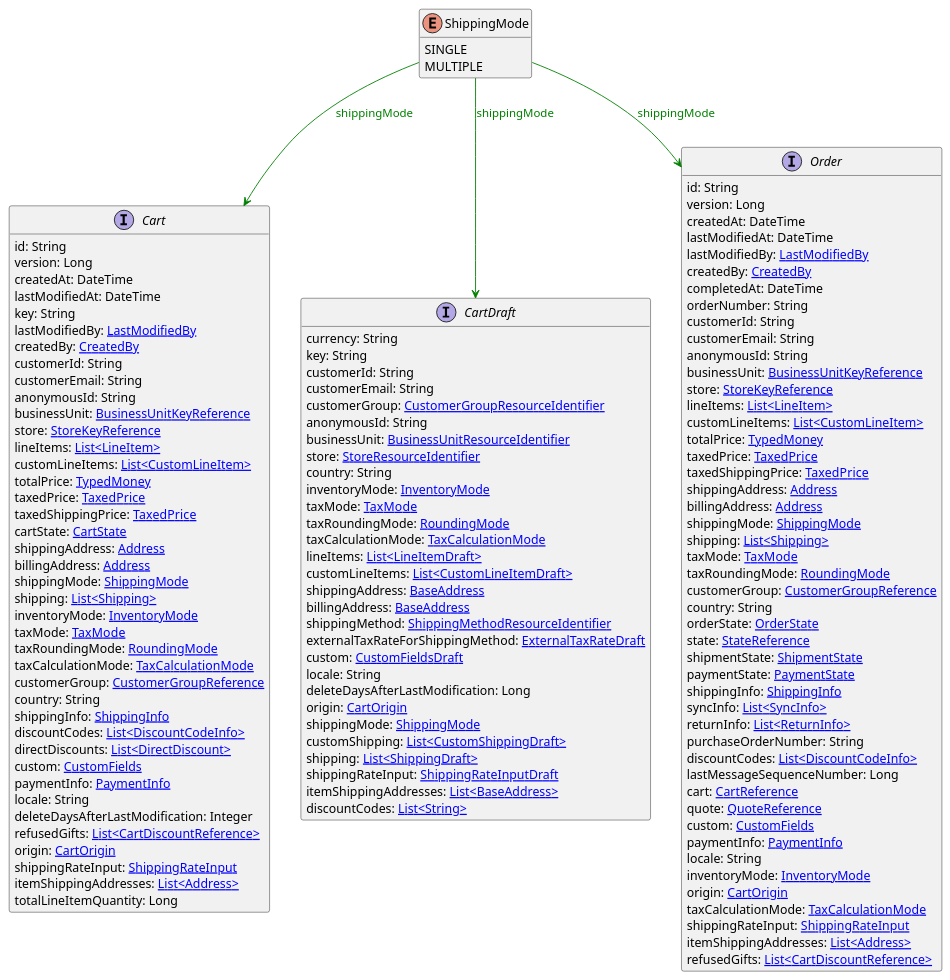
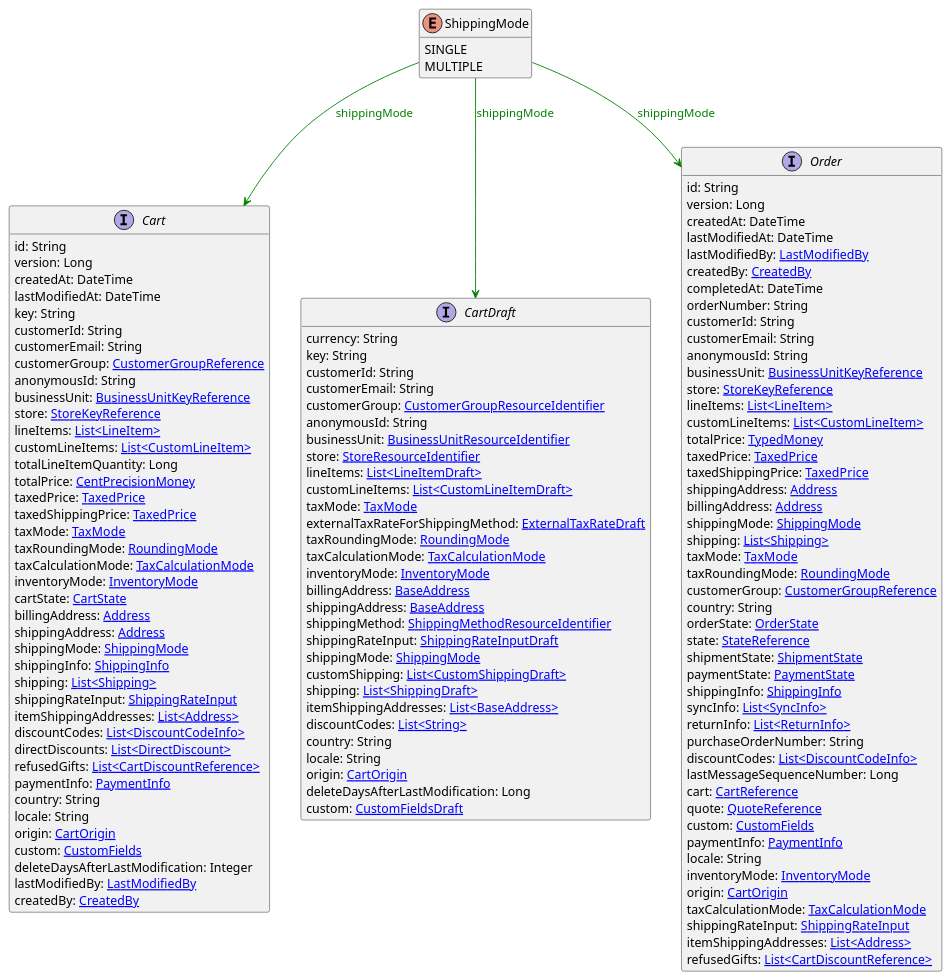
One commit to commercetools/commercetools-api-reference changed the diagram in uml/api/ShippingMode.puml. Above: the diagram before and after it, drawn with PlantUML. The commit also changed 195 other files, not shown here.

```diff
--- a/uml/api/ShippingMode.puml
+++ b/uml/api/ShippingMode.puml
@@ -1,133 +1,133 @@
 @startuml
 
 hide methods
 enum ShippingMode {
     SINGLE
     MULTIPLE
 }
 interface Cart [[Cart.svg]]  {
     id: String
     version: Long
     createdAt: DateTime
     lastModifiedAt: DateTime
     key: String
-    lastModifiedBy: [[LastModifiedBy.svg LastModifiedBy]]
-    createdBy: [[CreatedBy.svg CreatedBy]]
     customerId: String
     customerEmail: String
+    customerGroup: [[CustomerGroupReference.svg CustomerGroupReference]]
     anonymousId: String
     businessUnit: [[BusinessUnitKeyReference.svg BusinessUnitKeyReference]]
     store: [[StoreKeyReference.svg StoreKeyReference]]
     lineItems: [[LineItem.svg List<LineItem>]]
     customLineItems: [[CustomLineItem.svg List<CustomLineItem>]]
-    totalPrice: [[TypedMoney.svg TypedMoney]]
+    totalLineItemQuantity: Long
+    totalPrice: [[CentPrecisionMoney.svg CentPrecisionMoney]]
     taxedPrice: [[TaxedPrice.svg TaxedPrice]]
     taxedShippingPrice: [[TaxedPrice.svg TaxedPrice]]
-    cartState: [[CartState.svg CartState]]
-    shippingAddress: [[Address.svg Address]]
-    billingAddress: [[Address.svg Address]]
-    shippingMode: [[ShippingMode.svg ShippingMode]]
-    shipping: [[Shipping.svg List<Shipping>]]
-    inventoryMode: [[InventoryMode.svg InventoryMode]]
     taxMode: [[TaxMode.svg TaxMode]]
     taxRoundingMode: [[RoundingMode.svg RoundingMode]]
     taxCalculationMode: [[TaxCalculationMode.svg TaxCalculationMode]]
-    customerGroup: [[CustomerGroupReference.svg CustomerGroupReference]]
-    country: String
+    inventoryMode: [[InventoryMode.svg InventoryMode]]
+    cartState: [[CartState.svg CartState]]
+    billingAddress: [[Address.svg Address]]
+    shippingAddress: [[Address.svg Address]]
+    shippingMode: [[ShippingMode.svg ShippingMode]]
     shippingInfo: [[ShippingInfo.svg ShippingInfo]]
+    shipping: [[Shipping.svg List<Shipping>]]
+    shippingRateInput: [[ShippingRateInput.svg ShippingRateInput]]
+    itemShippingAddresses: [[Address.svg List<Address>]]
     discountCodes: [[DiscountCodeInfo.svg List<DiscountCodeInfo>]]
     directDiscounts: [[DirectDiscount.svg List<DirectDiscount>]]
+    refusedGifts: [[CartDiscountReference.svg List<CartDiscountReference>]]
+    paymentInfo: [[PaymentInfo.svg PaymentInfo]]
+    country: String
+    locale: String
+    origin: [[CartOrigin.svg CartOrigin]]
     custom: [[CustomFields.svg CustomFields]]
-    paymentInfo: [[PaymentInfo.svg PaymentInfo]]
-    locale: String
     deleteDaysAfterLastModification: Integer
-    refusedGifts: [[CartDiscountReference.svg List<CartDiscountReference>]]
-    origin: [[CartOrigin.svg CartOrigin]]
-    shippingRateInput: [[ShippingRateInput.svg ShippingRateInput]]
-    itemShippingAddresses: [[Address.svg List<Address>]]
-    totalLineItemQuantity: Long
+    lastModifiedBy: [[LastModifiedBy.svg LastModifiedBy]]
+    createdBy: [[CreatedBy.svg CreatedBy]]
 }
 interface CartDraft [[CartDraft.svg]]  {
     currency: String
     key: String
     customerId: String
     customerEmail: String
     customerGroup: [[CustomerGroupResourceIdentifier.svg CustomerGroupResourceIdentifier]]
     anonymousId: String
     businessUnit: [[BusinessUnitResourceIdentifier.svg BusinessUnitResourceIdentifier]]
     store: [[StoreResourceIdentifier.svg StoreResourceIdentifier]]
-    country: String
-    inventoryMode: [[InventoryMode.svg InventoryMode]]
+    lineItems: [[LineItemDraft.svg List<LineItemDraft>]]
+    customLineItems: [[CustomLineItemDraft.svg List<CustomLineItemDraft>]]
     taxMode: [[TaxMode.svg TaxMode]]
+    externalTaxRateForShippingMethod: [[ExternalTaxRateDraft.svg ExternalTaxRateDraft]]
     taxRoundingMode: [[RoundingMode.svg RoundingMode]]
     taxCalculationMode: [[TaxCalculationMode.svg TaxCalculationMode]]
-    lineItems: [[LineItemDraft.svg List<LineItemDraft>]]
-    customLineItems: [[CustomLineItemDraft.svg List<CustomLineItemDraft>]]
+    inventoryMode: [[InventoryMode.svg InventoryMode]]
+    billingAddress: [[BaseAddress.svg BaseAddress]]
     shippingAddress: [[BaseAddress.svg BaseAddress]]
-    billingAddress: [[BaseAddress.svg BaseAddress]]
     shippingMethod: [[ShippingMethodResourceIdentifier.svg ShippingMethodResourceIdentifier]]
-    externalTaxRateForShippingMethod: [[ExternalTaxRateDraft.svg ExternalTaxRateDraft]]
-    custom: [[CustomFieldsDraft.svg CustomFieldsDraft]]
-    locale: String
-    deleteDaysAfterLastModification: Long
-    origin: [[CartOrigin.svg CartOrigin]]
+    shippingRateInput: [[ShippingRateInputDraft.svg ShippingRateInputDraft]]
     shippingMode: [[ShippingMode.svg ShippingMode]]
     customShipping: [[CustomShippingDraft.svg List<CustomShippingDraft>]]
     shipping: [[ShippingDraft.svg List<ShippingDraft>]]
-    shippingRateInput: [[ShippingRateInputDraft.svg ShippingRateInputDraft]]
     itemShippingAddresses: [[BaseAddress.svg List<BaseAddress>]]
     discountCodes: [[String.svg List<String>]]
+    country: String
+    locale: String
+    origin: [[CartOrigin.svg CartOrigin]]
+    deleteDaysAfterLastModification: Long
+    custom: [[CustomFieldsDraft.svg CustomFieldsDraft]]
 }
 interface Order [[Order.svg]]  {
     id: String
     version: Long
     createdAt: DateTime
     lastModifiedAt: DateTime
     lastModifiedBy: [[LastModifiedBy.svg LastModifiedBy]]
     createdBy: [[CreatedBy.svg CreatedBy]]
     completedAt: DateTime
     orderNumber: String
     customerId: String
     customerEmail: String
     anonymousId: String
     businessUnit: [[BusinessUnitKeyReference.svg BusinessUnitKeyReference]]
     store: [[StoreKeyReference.svg StoreKeyReference]]
     lineItems: [[LineItem.svg List<LineItem>]]
     customLineItems: [[CustomLineItem.svg List<CustomLineItem>]]
     totalPrice: [[TypedMoney.svg TypedMoney]]
     taxedPrice: [[TaxedPrice.svg TaxedPrice]]
     taxedShippingPrice: [[TaxedPrice.svg TaxedPrice]]
     shippingAddress: [[Address.svg Address]]
     billingAddress: [[Address.svg Address]]
     shippingMode: [[ShippingMode.svg ShippingMode]]
     shipping: [[Shipping.svg List<Shipping>]]
     taxMode: [[TaxMode.svg TaxMode]]
     taxRoundingMode: [[RoundingMode.svg RoundingMode]]
     customerGroup: [[CustomerGroupReference.svg CustomerGroupReference]]
     country: String
     orderState: [[OrderState.svg OrderState]]
     state: [[StateReference.svg StateReference]]
     shipmentState: [[ShipmentState.svg ShipmentState]]
     paymentState: [[PaymentState.svg PaymentState]]
     shippingInfo: [[ShippingInfo.svg ShippingInfo]]
     syncInfo: [[SyncInfo.svg List<SyncInfo>]]
     returnInfo: [[ReturnInfo.svg List<ReturnInfo>]]
     purchaseOrderNumber: String
     discountCodes: [[DiscountCodeInfo.svg List<DiscountCodeInfo>]]
     lastMessageSequenceNumber: Long
     cart: [[CartReference.svg CartReference]]
     quote: [[QuoteReference.svg QuoteReference]]
     custom: [[CustomFields.svg CustomFields]]
     paymentInfo: [[PaymentInfo.svg PaymentInfo]]
     locale: String
     inventoryMode: [[InventoryMode.svg InventoryMode]]
     origin: [[CartOrigin.svg CartOrigin]]
     taxCalculationMode: [[TaxCalculationMode.svg TaxCalculationMode]]
     shippingRateInput: [[ShippingRateInput.svg ShippingRateInput]]
     itemShippingAddresses: [[Address.svg List<Address>]]
     refusedGifts: [[CartDiscountReference.svg List<CartDiscountReference>]]
 }
 ShippingMode --> Cart #green;text:green : "shippingMode"
 ShippingMode --> CartDraft #green;text:green : "shippingMode"
 ShippingMode --> Order #green;text:green : "shippingMode"
 @enduml
```
